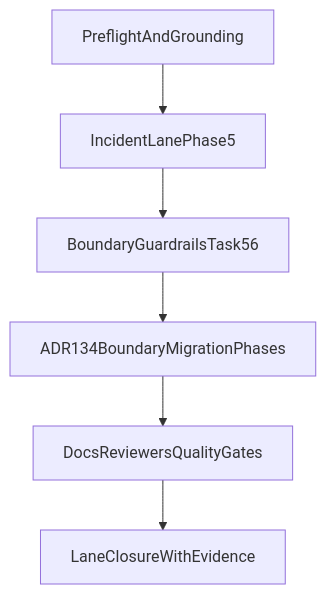
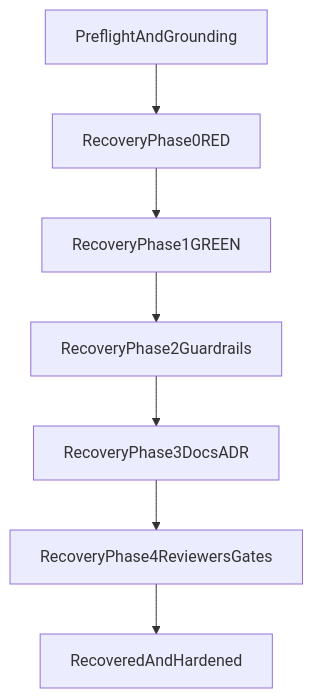
The diagram in .agent/prompts/semantic-search/semantic-search.prompt.md (oaknational/oak-open-curriculum-ecosystem), drawn with Mermaid before and after one commit. The commit also changed other lines of this file and 135 other files, not shown here.

````diff
--- a/.agent/prompts/semantic-search/semantic-search.prompt.md
+++ b/.agent/prompts/semantic-search/semantic-search.prompt.md
@@ -164,8 +196,9 @@
 ```mermaid
 flowchart TD
-  preflight[PreflightAndGrounding] --> incident[IncidentLanePhase5]
-  incident --> boundaryGuardrails[BoundaryGuardrailsTask56]
-  boundaryGuardrails --> boundaryPlan[ADR134BoundaryMigrationPhases]
-  boundaryPlan --> closeout[DocsReviewersQualityGates]
-  closeout --> doneState[LaneClosureWithEvidence]
+  preflight[PreflightAndGrounding] --> recoveryRed[RecoveryPhase0RED]
+  recoveryRed --> recoveryGreen[RecoveryPhase1GREEN]
+  recoveryGreen --> guardrails[RecoveryPhase2Guardrails]
+  guardrails --> docsAdr[RecoveryPhase3DocsADR]
+  docsAdr --> closeout[RecoveryPhase4ReviewersGates]
+  closeout --> doneState[RecoveredAndHardened]
 ```
````
